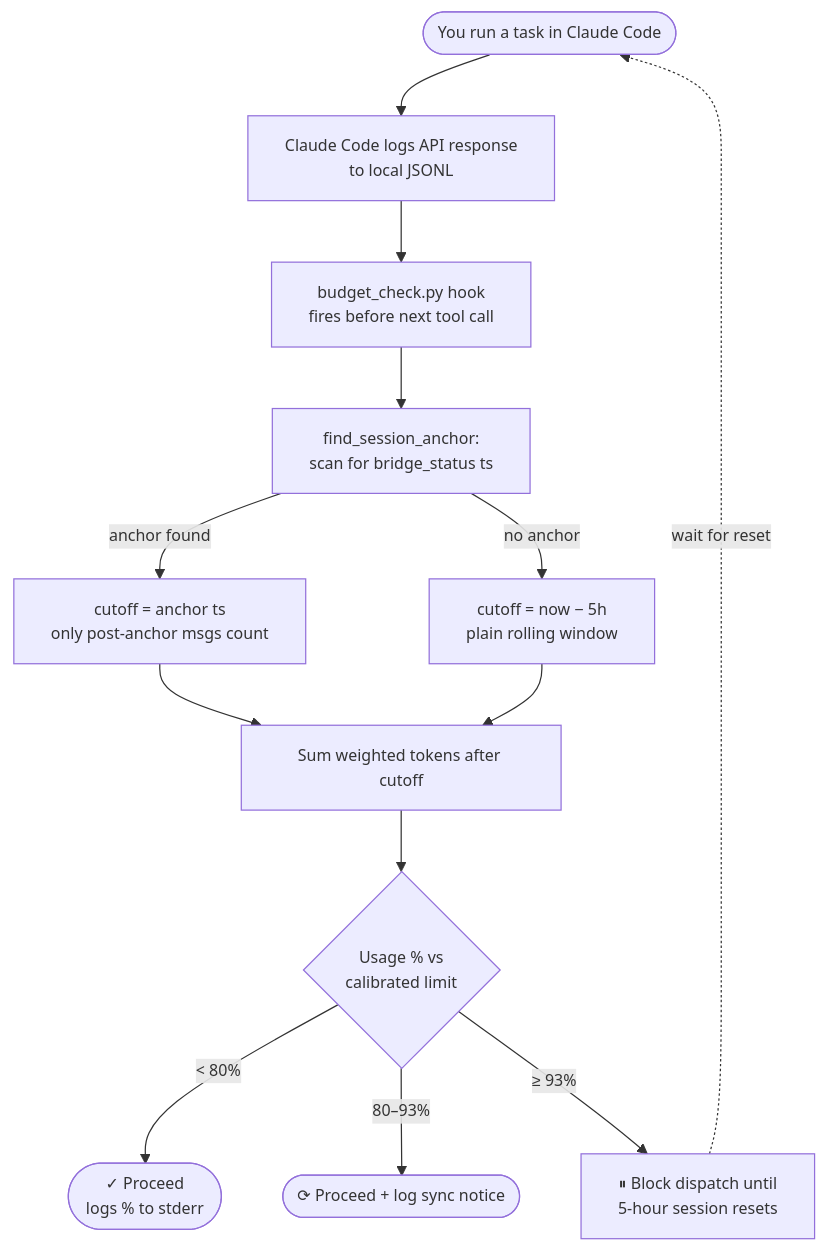
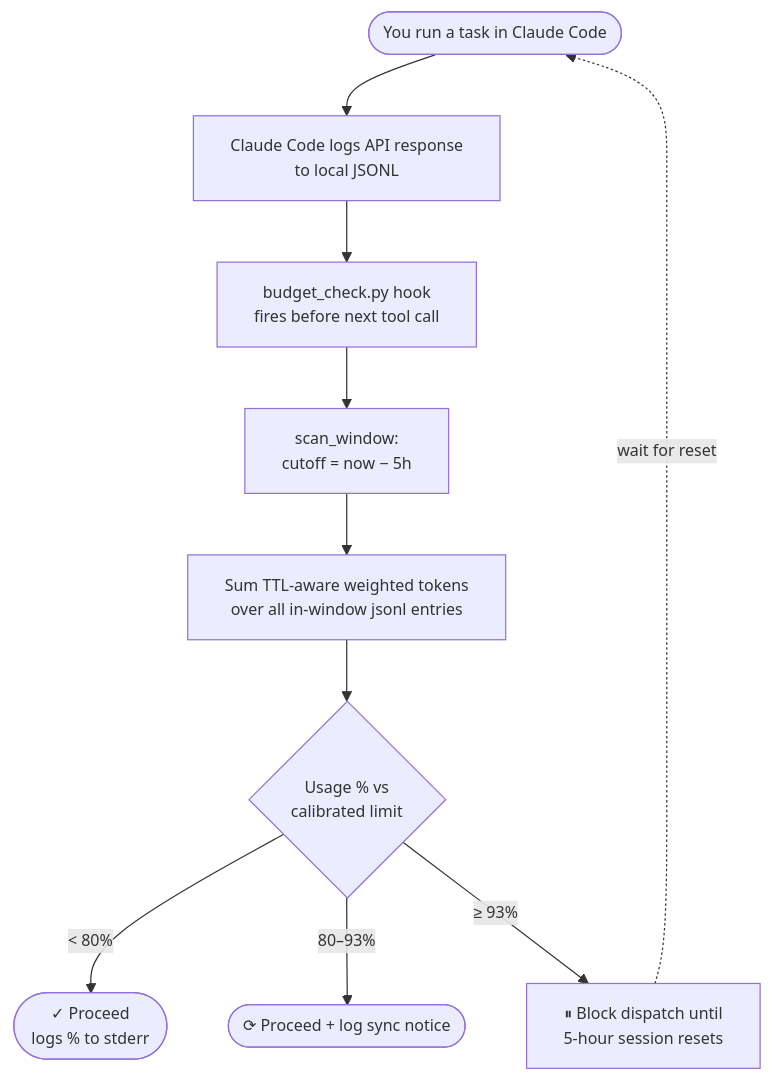
The diagram in README.md (Star001-KR/claude-session-budget), drawn with Mermaid before and after one commit. The commit also changed other lines of this file and 13 other files, not shown here.

````diff
--- a/README.md
+++ b/README.md
@@ -14,16 +14,13 @@
 ```mermaid
 %%{init: {'themeVariables': {'fontSize': '13px'}}}%%
 flowchart TD
     A([You run a task in Claude Code]) --> B[Claude Code logs API response<br/>to local JSONL]
     B --> C[budget_check.py hook<br/>fires before next tool call]
-    C --> D[find_session_anchor:<br/>scan for bridge_status ts]
-    D -->|anchor found| E1[cutoff = anchor ts<br/>only post-anchor msgs count]
-    D -->|no anchor| E2[cutoff = now − 5h<br/>plain rolling window]
-    E1 --> F[Sum weighted tokens after cutoff]
-    E2 --> F
+    C --> D[scan_window:<br/>cutoff = now − 5h]
+    D --> F[Sum TTL-aware weighted tokens<br/>over all in-window jsonl entries]
     F --> G{Usage % vs<br/>calibrated limit}
     G -->|&lt; 80%| H([✓ Proceed<br/>logs % to stderr])
     G -->|80–93%| I([⟳ Proceed + log sync notice])
     G -->|≥ 93%| J[⏸ Block dispatch until<br/>5-hour session resets]
     J -.->|wait for reset| A
 ```
````
